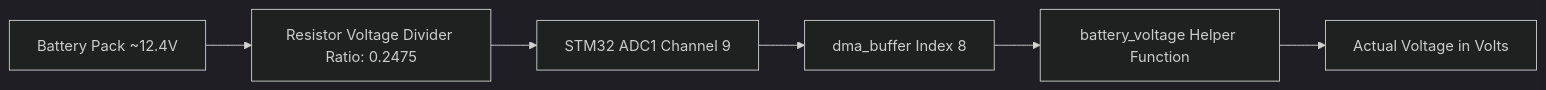
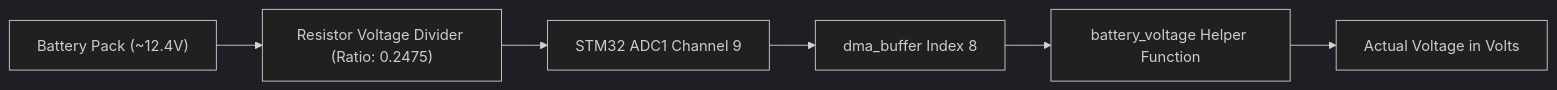
Before and after one commit to git-jaishnu/line_follower: the diagram in docs/utils.md, drawn with Mermaid (dark theme). The commit also changed other lines of this file and 6 other files, not shown here.

````diff
--- a/docs/utils.md
+++ b/docs/utils.md
@@ -21,8 +21,8 @@
 ```mermaid
 flowchart LR
-    BATT[Battery Pack ~12.4V] --> DIVIDER[Resistor Voltage Divider Ratio: 0.2475]
+    BATT["Battery Pack (~12.4V)"] --> DIVIDER["Resistor Voltage Divider (Ratio: 0.2475)"]
     DIVIDER --> ADC[STM32 ADC1 Channel 9]
     ADC --> DMA[dma_buffer Index 8]
     DMA --> MATH[battery_voltage Helper Function]
     MATH --> VOLTS[Actual Voltage in Volts]
 ```
````
